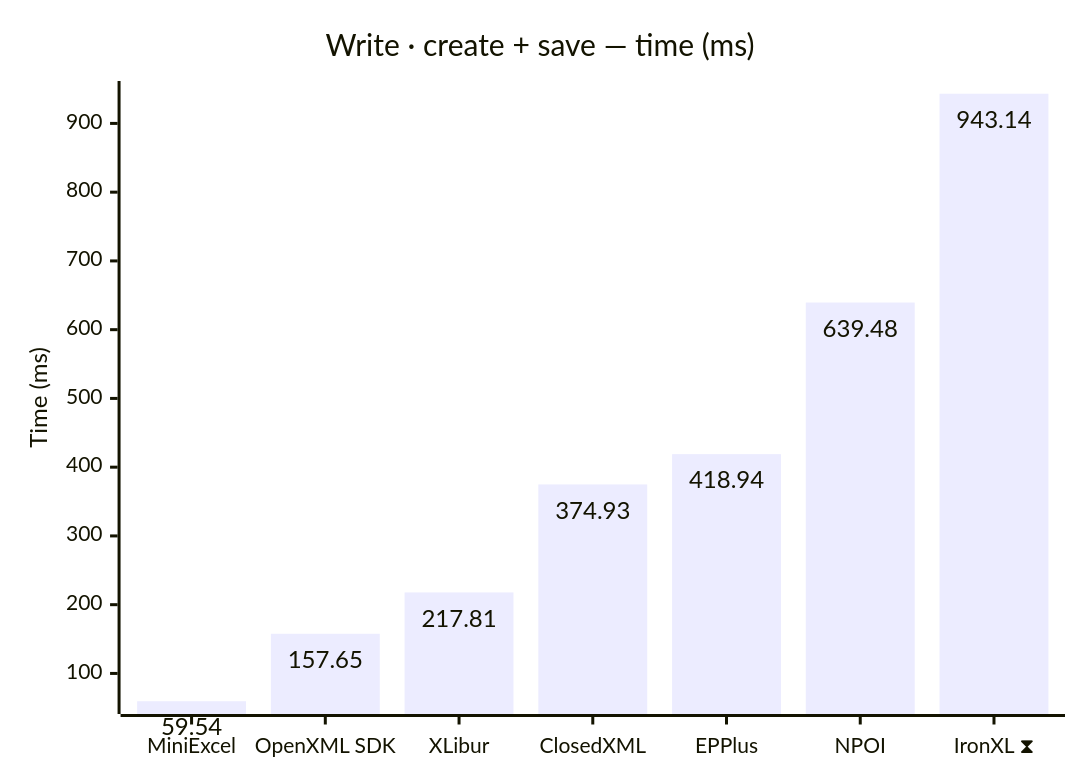
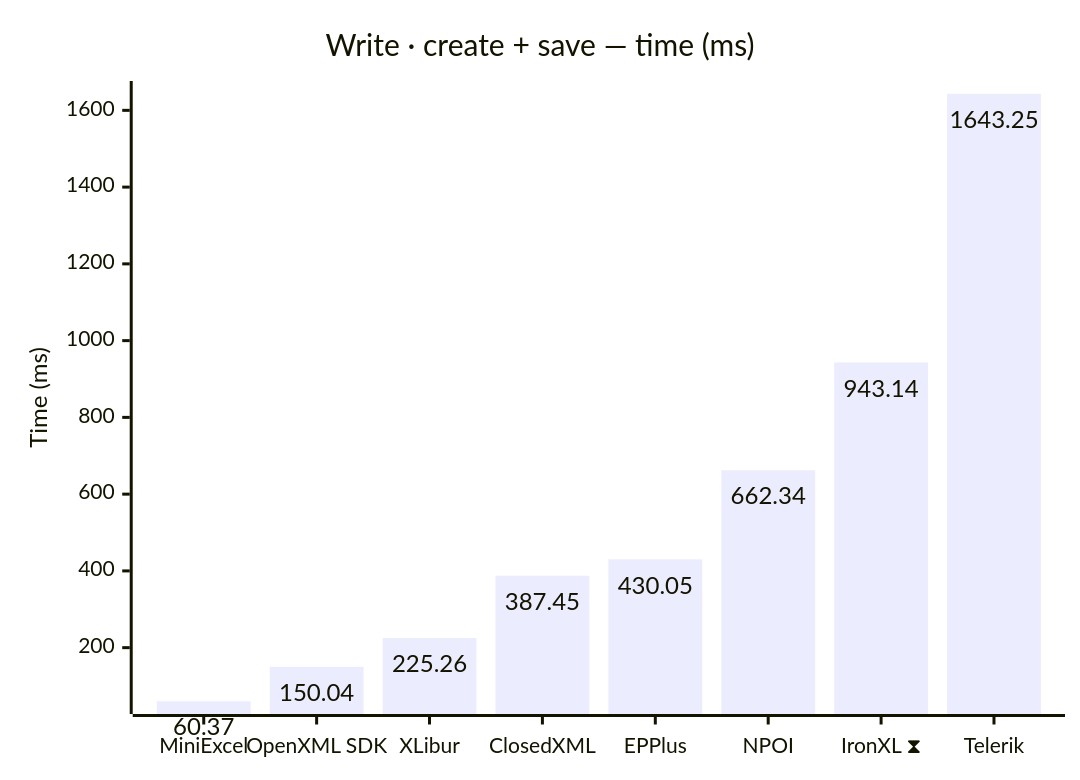
Before and after one commit to jafin/XLBench: the fifth of 12 diagrams in docs/results.md, drawn with Mermaid. The commit also changed other lines of this file and 3 other files, not shown here.

````diff
--- a/docs/results.md
+++ b/docs/results.md
@@ -91,12 +92,12 @@
 ```mermaid
 ---
 config:
   xyChart:
     showDataLabel: true
 ---
 xychart-beta
     title "Write · create + save — time (ms)"
-    x-axis ["MiniExcel", "OpenXML SDK", "XLibur", "ClosedXML", "EPPlus", "NPOI", "IronXL ⧗"]
+    x-axis ["MiniExcel", "OpenXML SDK", "XLibur", "ClosedXML", "EPPlus", "NPOI", "IronXL ⧗", "Telerik"]
     y-axis "Time (ms)"
-    bar [59.54, 157.65, 217.81, 374.93, 418.94, 639.48, 943.14]
+    bar [60.37, 150.04, 225.26, 387.45, 430.05, 662.34, 943.14, 1643.25]
 ```
````
